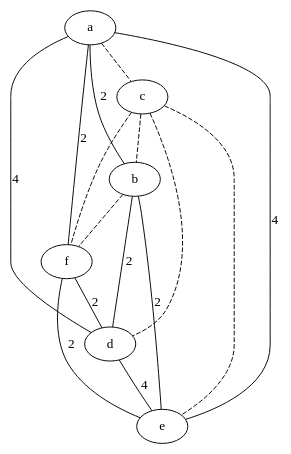
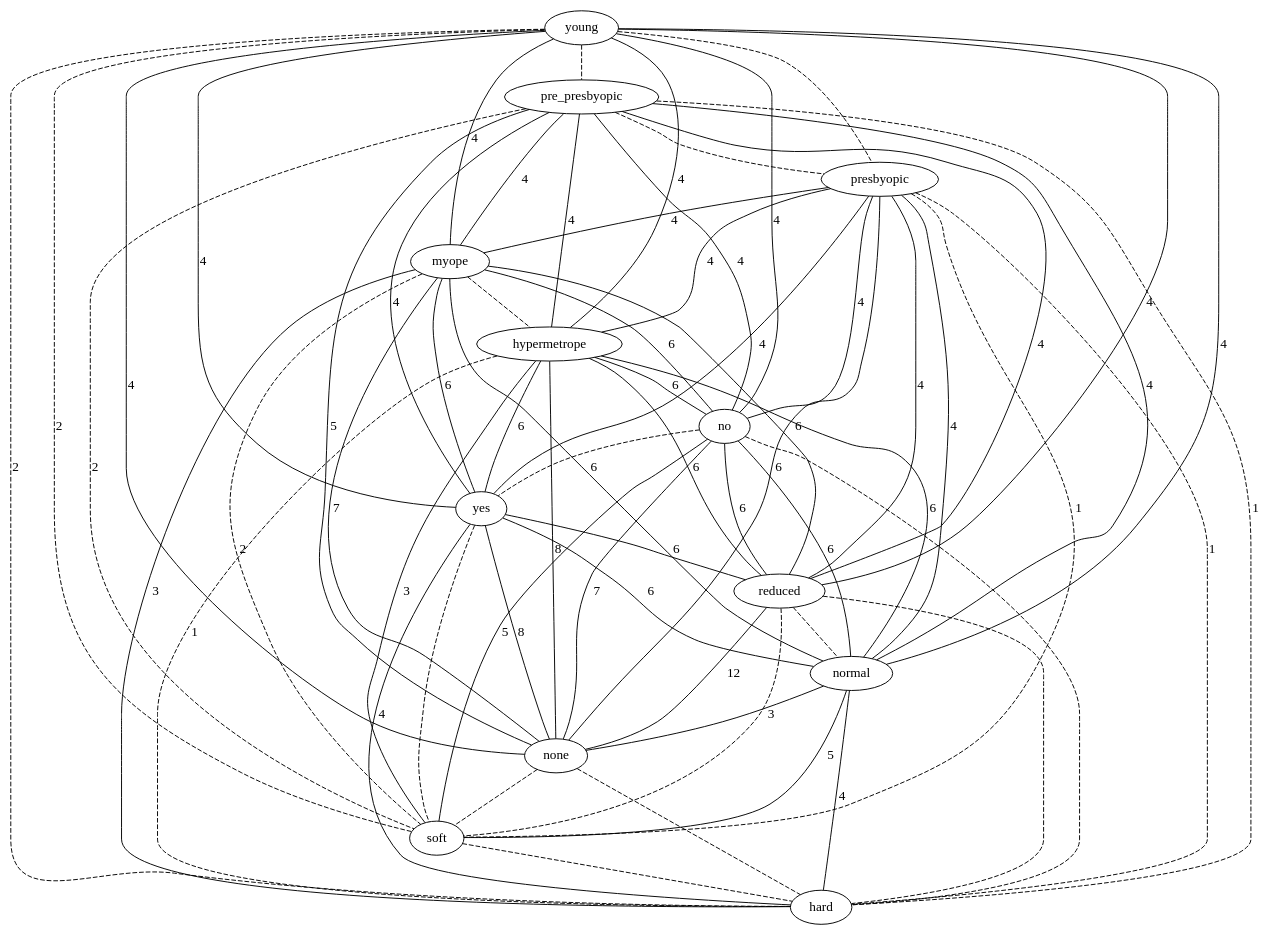
One commit to lrodrin/TFG changed the diagram in src/final/plainGraph_with_threshold.dot. Above: the diagram before and after it, drawn with Graphviz. The commit also changed 6 other files, not shown here.

```diff
--- a/src/final/plainGraph_with_threshold.dot
+++ b/src/final/plainGraph_with_threshold.dot
@@ -1,23 +1,80 @@
 strict graph "" {
-a;
-c;
-b;
-f;
-d;
-e;
-a -- c  [color=black, style=dashed];
-a -- b  [color=black, label=2, style=solid];
-a -- f  [color=black, label=2, style=solid];
-a -- d  [color=black, label=4, style=solid];
-a -- e  [color=black, label=4, style=solid];
-c -- b  [color=black, style=dashed];
-c -- f  [color=black, style=dashed];
-c -- d  [color=black, style=dashed];
-c -- e  [color=black, style=dashed];
-b -- f  [color=black, style=dashed];
-b -- d  [color=black, label=2, style=solid];
-b -- e  [color=black, label=2, style=solid];
-f -- d  [color=black, label=2, style=solid];
-f -- e  [color=black, label=2, style=solid];
-d -- e  [color=black, label=4, style=solid];
+young;
+pre_presbyopic;
+presbyopic;
+myope;
+hypermetrope;
+no;
+yes;
+reduced;
+normal;
+none;
+soft;
+hard;
+young -- pre_presbyopic  [color=black, style=dashed];
+young -- presbyopic  [color=black, style=dashed];
+young -- myope  [color=black, label=4, style=solid];
+young -- hypermetrope  [color=black, label=4, style=solid];
+young -- no  [color=black, label=4, style=solid];
+young -- yes  [color=black, label=4, style=solid];
+young -- reduced  [color=black, label=4, style=solid];
+young -- normal  [color=black, label=4, style=solid];
+young -- none  [color=black, label=4, style=solid];
+young -- soft  [color=black, label=2, style=dashed];
+young -- hard  [color=black, label=2, style=dashed];
+pre_presbyopic -- presbyopic  [color=black, style=dashed];
+pre_presbyopic -- myope  [color=black, label=4, style=solid];
+pre_presbyopic -- hypermetrope  [color=black, label=4, style=solid];
+pre_presbyopic -- no  [color=black, label=4, style=solid];
+pre_presbyopic -- yes  [color=black, label=4, style=solid];
+pre_presbyopic -- reduced  [color=black, label=4, style=solid];
+pre_presbyopic -- normal  [color=black, label=4, style=solid];
+pre_presbyopic -- none  [color=black, label=5, style=solid];
+pre_presbyopic -- soft  [color=black, label=2, style=dashed];
+pre_presbyopic -- hard  [color=black, label=1, style=dashed];
+presbyopic -- myope  [color=black, label=4, style=solid];
+presbyopic -- hypermetrope  [color=black, label=4, style=solid];
+presbyopic -- no  [color=black, label=4, style=solid];
+presbyopic -- yes  [color=black, label=4, style=solid];
+presbyopic -- reduced  [color=black, label=4, style=solid];
+presbyopic -- normal  [color=black, label=4, style=solid];
+presbyopic -- none  [color=black, label=6, style=solid];
+presbyopic -- soft  [color=black, label=1, style=dashed];
+presbyopic -- hard  [color=black, label=1, style=dashed];
+myope -- hypermetrope  [color=black, style=dashed];
+myope -- no  [color=black, label=6, style=solid];
+myope -- yes  [color=black, label=6, style=solid];
+myope -- reduced  [color=black, label=6, style=solid];
+myope -- normal  [color=black, label=6, style=solid];
+myope -- none  [color=black, label=7, style=solid];
+myope -- soft  [color=black, label=2, style=dashed];
+myope -- hard  [color=black, label=3, style=solid];
+hypermetrope -- no  [color=black, label=6, style=solid];
+hypermetrope -- yes  [color=black, label=6, style=solid];
+hypermetrope -- reduced  [color=black, label=6, style=solid];
+hypermetrope -- normal  [color=black, label=6, style=solid];
+hypermetrope -- none  [color=black, label=8, style=solid];
+hypermetrope -- soft  [color=black, label=3, style=solid];
+hypermetrope -- hard  [color=black, label=1, style=dashed];
+no -- yes  [color=black, style=dashed];
+no -- reduced  [color=black, label=6, style=solid];
+no -- normal  [color=black, label=6, style=solid];
+no -- none  [color=black, label=7, style=solid];
+no -- soft  [color=black, label=5, style=solid];
+no -- hard  [color=black, style=dashed];
+yes -- reduced  [color=black, label=6, style=solid];
+yes -- normal  [color=black, label=6, style=solid];
+yes -- none  [color=black, label=8, style=solid];
+yes -- soft  [color=black, style=dashed];
+yes -- hard  [color=black, label=4, style=solid];
+reduced -- normal  [color=black, style=dashed];
+reduced -- none  [color=black, label=12, style=solid];
+reduced -- soft  [color=black, style=dashed];
+reduced -- hard  [color=black, style=dashed];
+normal -- none  [color=black, label=3, style=solid];
+normal -- soft  [color=black, label=5, style=solid];
+normal -- hard  [color=black, label=4, style=solid];
+none -- soft  [color=black, style=dashed];
+none -- hard  [color=black, style=dashed];
+soft -- hard  [color=black, style=dashed];
 }
```
